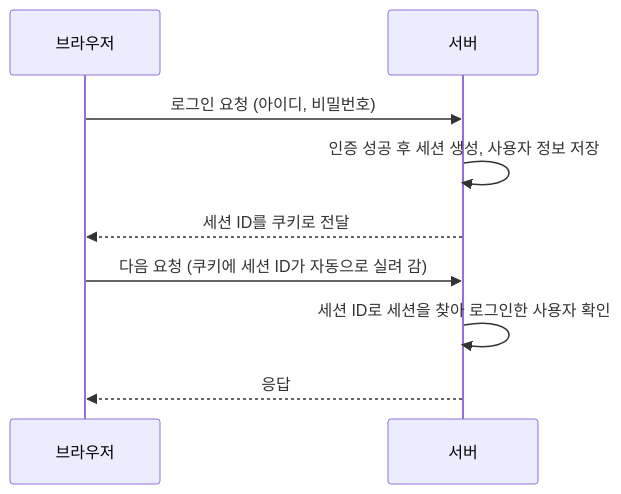
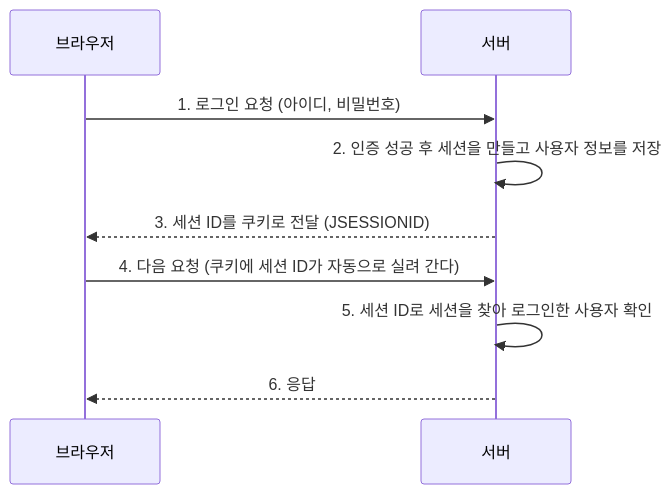
The second of 3 diagrams in _posts/2026-11-06-spring-security-login.md (JHee0209/my-blog), drawn with Mermaid before and after one commit. The commit also changed other lines of this file, not shown here.

````diff
--- a/_posts/2026-11-06-spring-security-login.md
+++ b/_posts/2026-11-06-spring-security-login.md
@@ -145,11 +337,11 @@
 ```mermaid
 sequenceDiagram
     participant B as 브라우저
     participant S as 서버
-    B->>S: 로그인 요청 (아이디, 비밀번호)
-    S->>S: 인증 성공 후 세션 생성, 사용자 정보 저장
-    S-->>B: 세션 ID를 쿠키로 전달
-    B->>S: 다음 요청 (쿠키에 세션 ID가 자동으로 실려 감)
-    S->>S: 세션 ID로 세션을 찾아 로그인한 사용자 확인
-    S-->>B: 응답
+    B->>S: 1. 로그인 요청 (아이디, 비밀번호)
+    S->>S: 2. 인증 성공 후 세션을 만들고 사용자 정보를 저장
+    S-->>B: 3. 세션 ID를 쿠키로 전달 (JSESSIONID)
+    B->>S: 4. 다음 요청 (쿠키에 세션 ID가 자동으로 실려 간다)
+    S->>S: 5. 세션 ID로 세션을 찾아 로그인한 사용자 확인
+    S-->>B: 6. 응답
 ```
````
